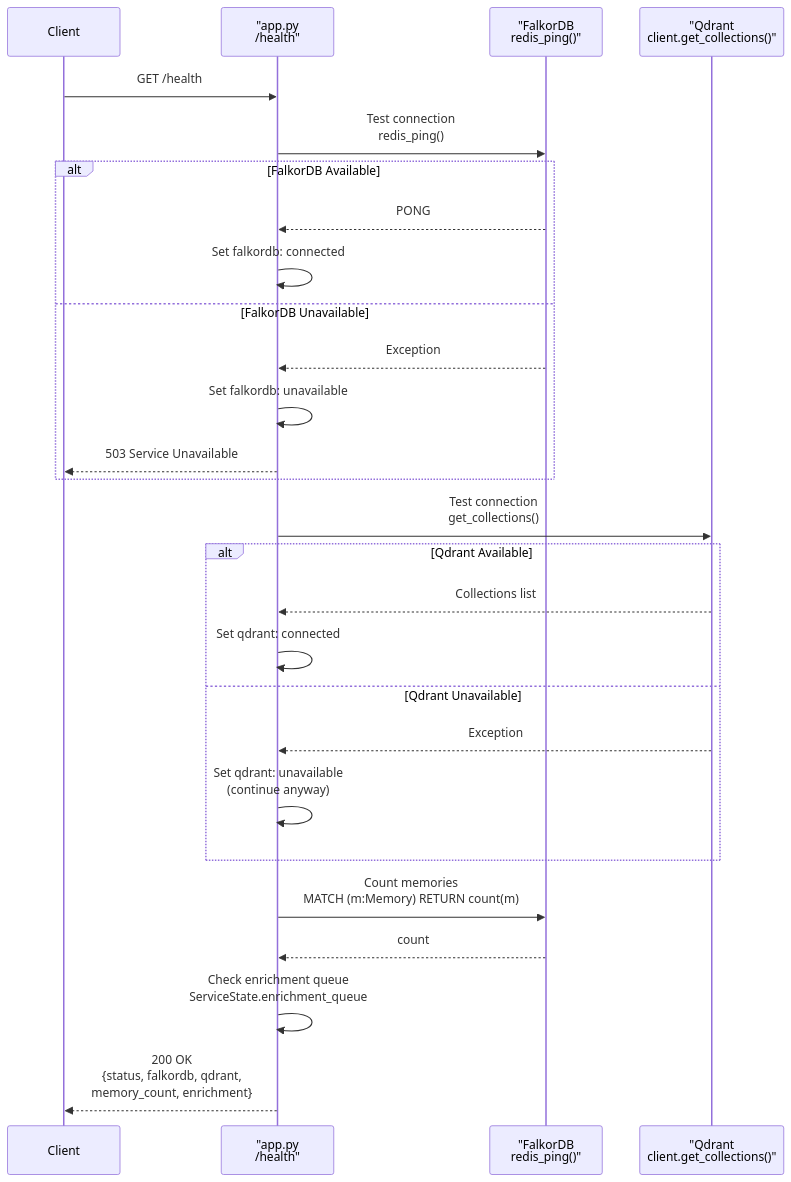
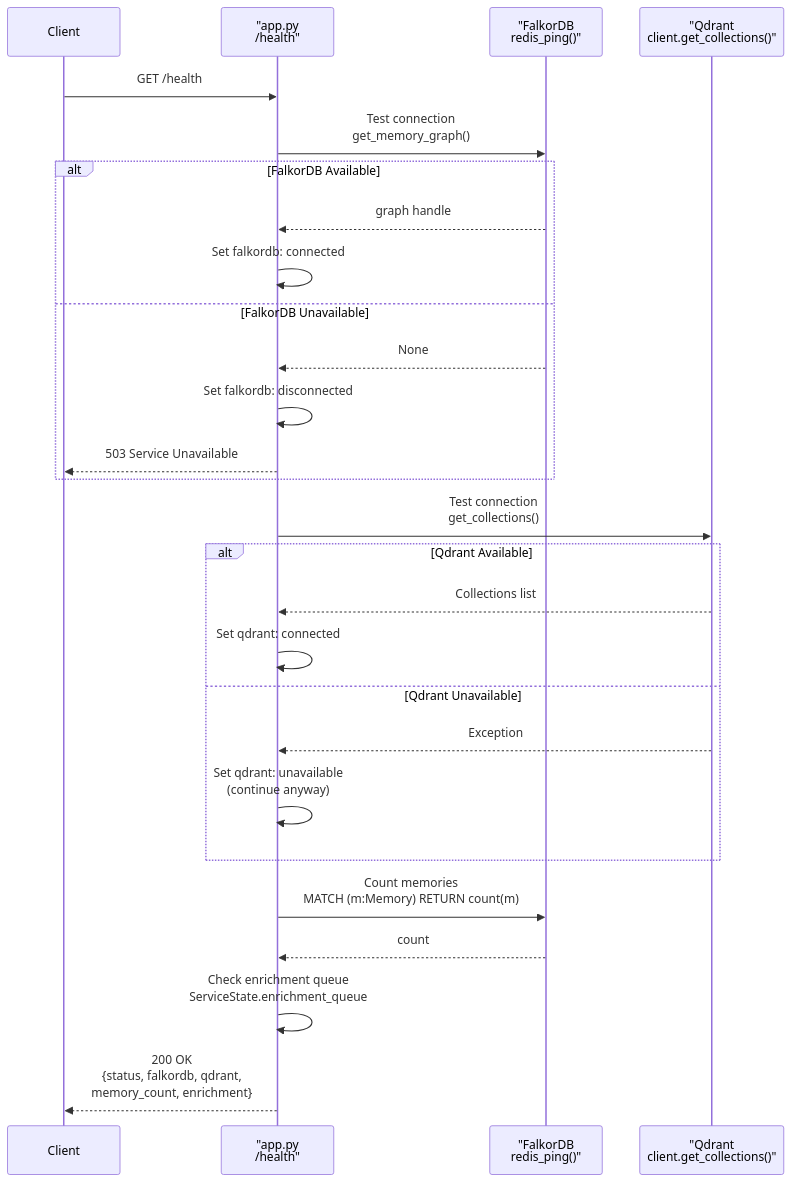
One commit to verygoodplugins/automem-website changed the second of 6 diagrams in src/content/docs/docs/operations/health.md. Above: the diagram before and after it, drawn with Mermaid. The commit also changed other lines of this file, not shown here.

Commit message:
docs: fix drift in Health Monitoring page
- Correct qdrant_count→vector_count in /health response example
- Fix FalkorDB connection check: redis_ping()→get_memory_graph()
- Fix falkordb unavailable value: "unavailable"→"disconnected"
- Fix drift formula in flowchart: /qdrant→/max(falkor,qdrant)
- Fix health-monitor env var: AUTOMEM_URL→AUTOMEM_API_URL

https://claude.ai/code/session_014jvH9ZohLPx5L5ufK6fcUz

````diff
--- a/src/content/docs/docs/operations/health.md
+++ b/src/content/docs/docs/operations/health.md
@@ -148,35 +148,35 @@
 ```mermaid
 sequenceDiagram
     participant Client
     participant API as "app.py<br/>/health"
     participant Falkor as "FalkorDB<br/>redis_ping()"
     participant Qdrant as "Qdrant<br/>client.get_collections()"
 
     Client->>API: GET /health
 
-    API->>Falkor: Test connection<br/>redis_ping()
+    API->>Falkor: Test connection<br/>get_memory_graph()
     alt FalkorDB Available
-        Falkor-->>API: PONG
+        Falkor-->>API: graph handle
         API->>API: Set falkordb: connected
     else FalkorDB Unavailable
-        Falkor-->>API: Exception
-        API->>API: Set falkordb: unavailable
+        Falkor-->>API: None
+        API->>API: Set falkordb: disconnected
         API-->>Client: 503 Service Unavailable
     end
 
     API->>Qdrant: Test connection<br/>get_collections()
     alt Qdrant Available
         Qdrant-->>API: Collections list
         API->>API: Set qdrant: connected
     else Qdrant Unavailable
         Qdrant-->>API: Exception
         API->>API: Set qdrant: unavailable<br/>(continue anyway)
     end
 
     API->>Falkor: Count memories<br/>MATCH (m:Memory) RETURN count(m)
     Falkor-->>API: count
 
     API->>API: Check enrichment queue<br/>ServiceState.enrichment_queue
 
     API-->>Client: 200 OK<br/>{status, falkordb, qdrant,<br/>memory_count, enrichment}
 ```
````
